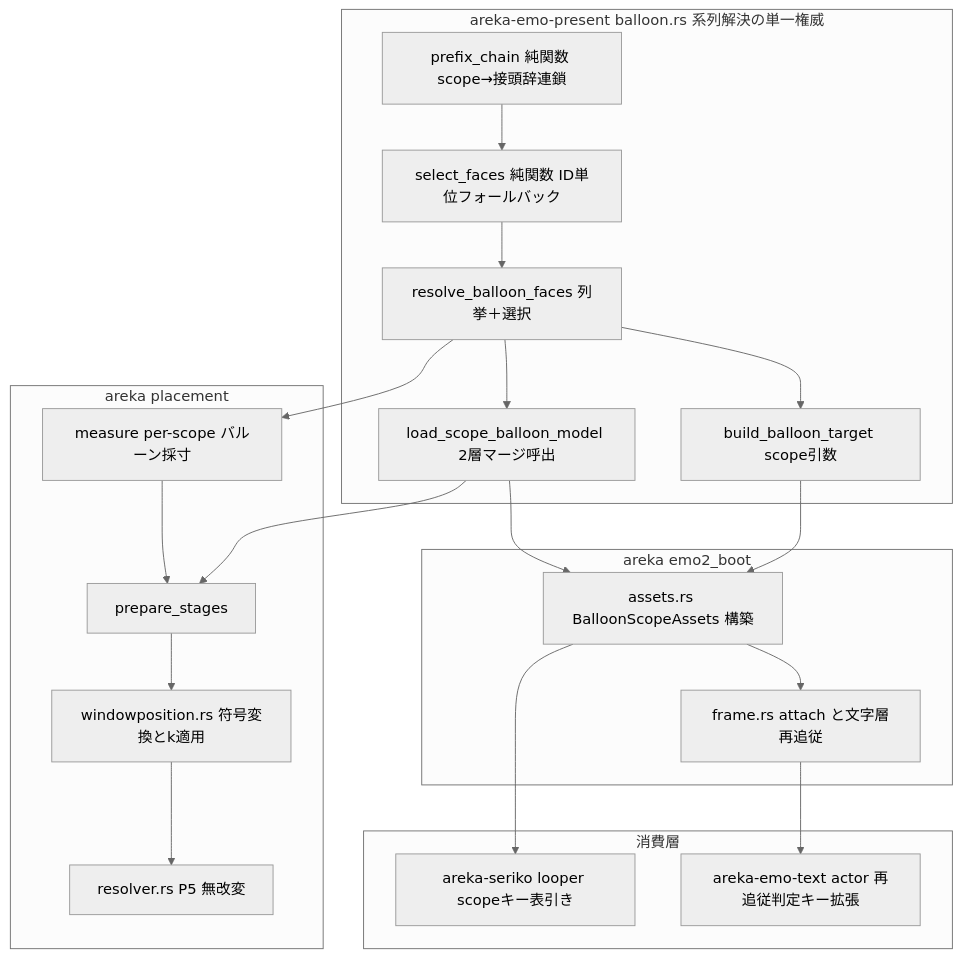
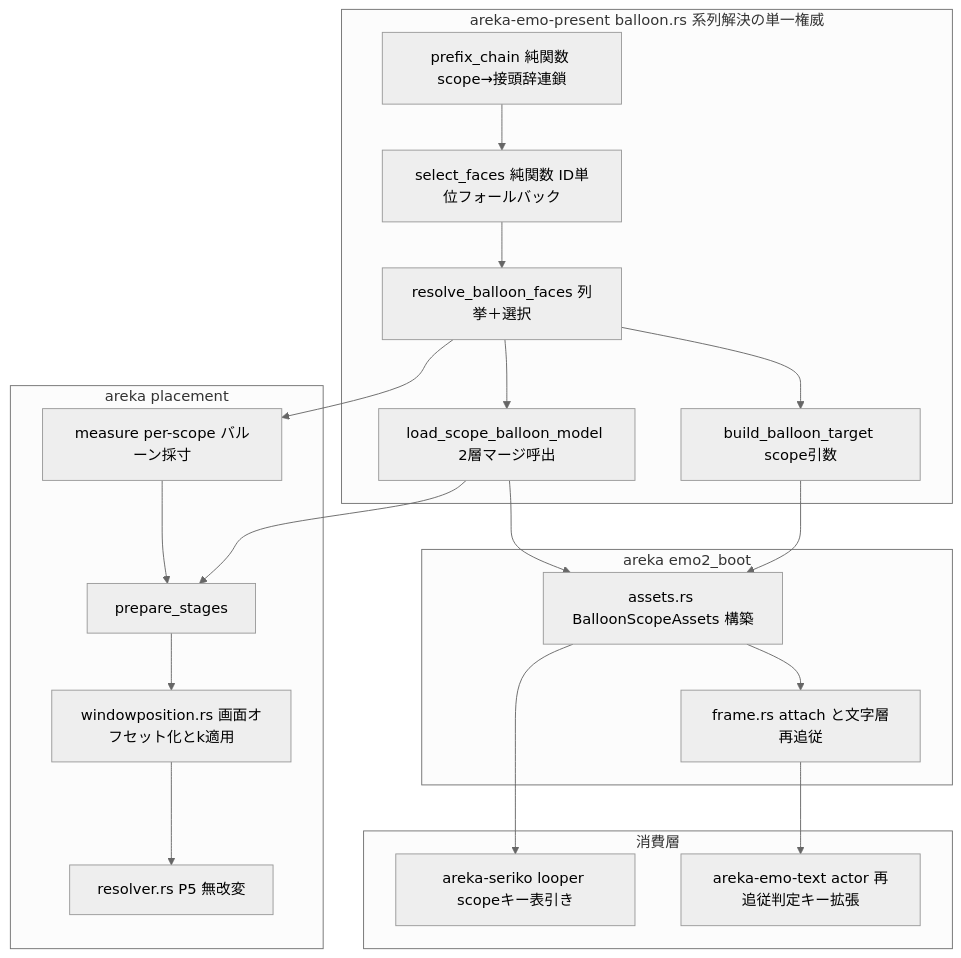
The first of 3 diagrams in .kiro/specs/areka-P0-kero-balloon/design.md (ekicyou/areka), drawn with Mermaid (neutral theme) before and after one commit. The commit also changed other lines of this file and 5 other files, not shown here.

````diff
--- a/.kiro/specs/areka-P0-kero-balloon/design.md
+++ b/.kiro/specs/areka-P0-kero-balloon/design.md
@@ -92,38 +92,38 @@
 ```mermaid
 graph TB
     subgraph EmoPresent [areka-emo-present balloon.rs 系列解決の単一権威]
         Chain[prefix_chain 純関数 scope→接頭辞連鎖]
         Select[select_faces 純関数 ID単位フォールバック]
         Resolve[resolve_balloon_faces 列挙＋選択]
         Build[build_balloon_target scope引数]
         LoadModel[load_scope_balloon_model 2層マージ呼出]
     end
     subgraph Placement [areka placement]
         Prepare[prepare_stages]
         Measure[measure per-scope バルーン採寸]
-        WinPos[windowposition.rs 符号変換とk適用]
+        WinPos[windowposition.rs 画面オフセット化とk適用]
         ResolverP5[resolver.rs P5 無改変]
     end
     subgraph Boot [areka emo2_boot]
         Assets[assets.rs BalloonScopeAssets 構築]
         Frame[frame.rs attach と文字層再追従]
     end
     subgraph Downstream [消費層]
         Seriko[areka-seriko looper scopeキー表引き]
         EmoText[areka-emo-text actor 再追従判定キー拡張]
     end
     Chain --> Select
     Select --> Resolve
     Resolve --> Build
     Resolve --> LoadModel
     Resolve --> Measure
     LoadModel --> Assets
     LoadModel --> Prepare
     Build --> Assets
     Measure --> Prepare
     Prepare --> WinPos
     WinPos --> ResolverP5
     Assets --> Frame
     Assets --> Seriko
     Frame --> EmoText
 ```
````
